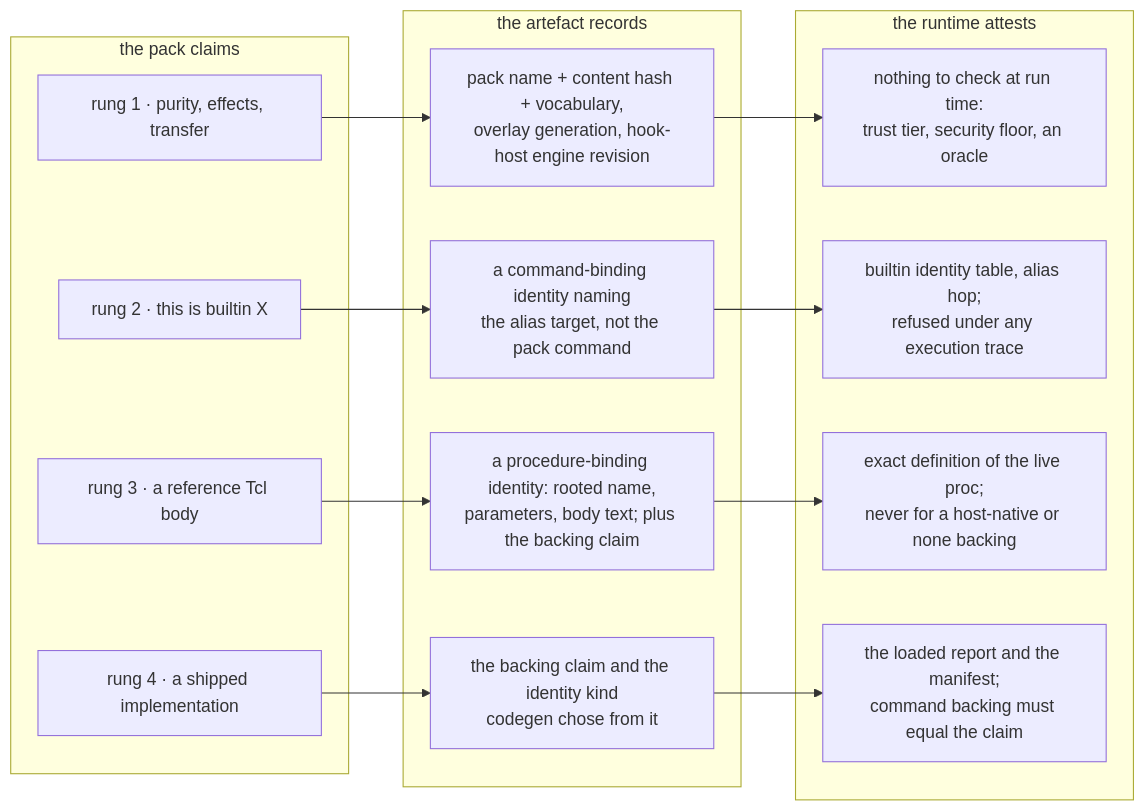
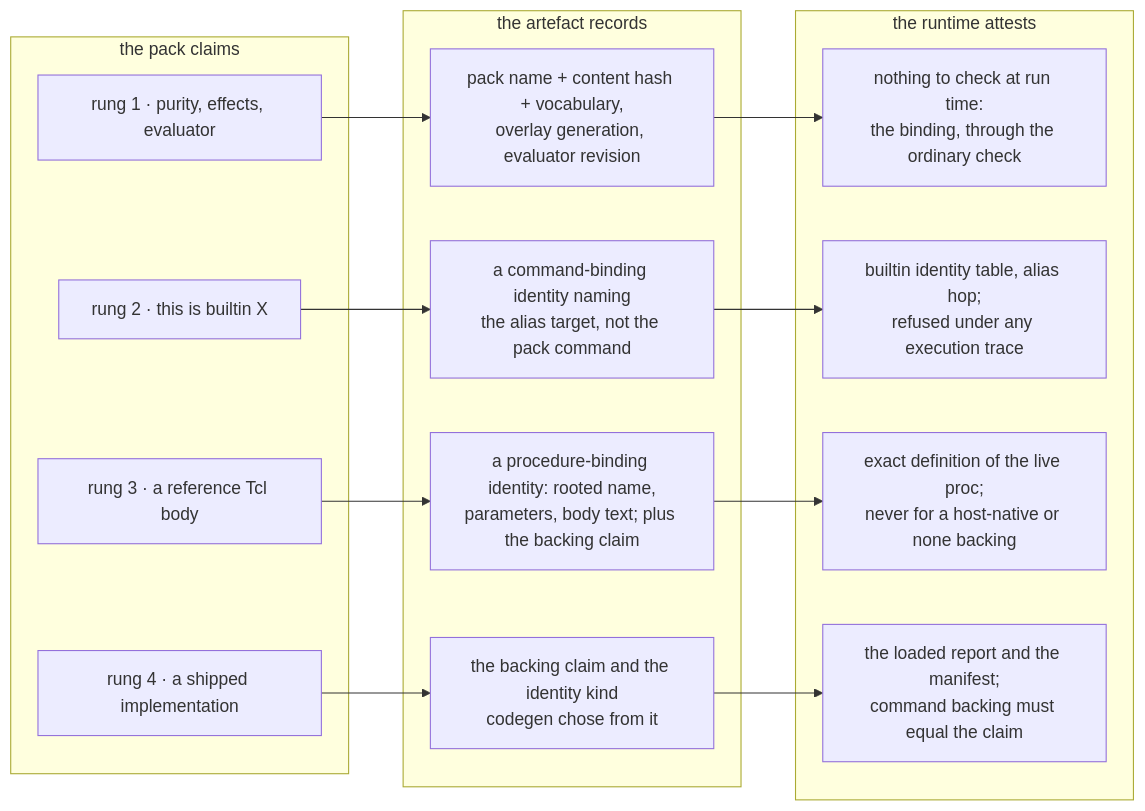
One commit to bitwisecook/tcl-lsp changed the third of 4 diagrams in docs/design/compiler/registry-consumer-contracts.md. Above: the diagram before and after it, drawn with Mermaid. The commit also changed other lines of this file and 7 other files, not shown here.

````diff
--- a/docs/design/compiler/registry-consumer-contracts.md
+++ b/docs/design/compiler/registry-consumer-contracts.md
@@ -220,25 +278,25 @@
 ```mermaid
 flowchart LR
     subgraph claims["the pack claims"]
-        C1["rung 1 · purity, effects, transfer"]
+        C1["rung 1 · purity, effects, evaluator"]
         C2["rung 2 · this is builtin X"]
         C3["rung 3 · a reference Tcl body"]
         C4["rung 4 · a shipped implementation"]
     end
     subgraph records["the artefact records"]
-        A1["pack name + content hash + vocabulary,<br/>overlay generation, hook-host engine revision"]
+        A1["pack name + content hash + vocabulary,<br/>overlay generation, evaluator revision"]
         A2["a command-binding identity naming<br/>the alias target, not the pack command"]
         A3["a procedure-binding identity: rooted name,<br/>parameters, body text; plus the backing claim"]
         A4["the backing claim and the identity kind<br/>codegen chose from it"]
     end
     subgraph attests["the runtime attests"]
-        T1["nothing to check at run time:<br/>trust tier, security floor, an oracle"]
+        T1["nothing to check at run time:<br/>the binding, through the ordinary check"]
         T2["builtin identity table, alias hop;<br/>refused under any execution trace"]
         T3["exact definition of the live proc;<br/>never for a host-native or none backing"]
         T4["the loaded report and the manifest;<br/>command backing must equal the claim"]
     end
     C1 --> A1 --> T1
     C2 --> A2 --> T2
     C3 --> A3 --> T3
     C4 --> A4 --> T4
 ```
````
